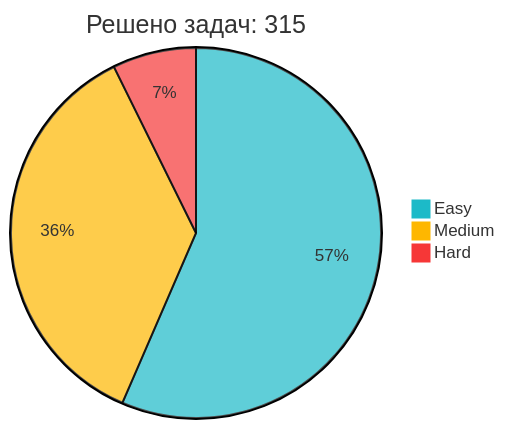
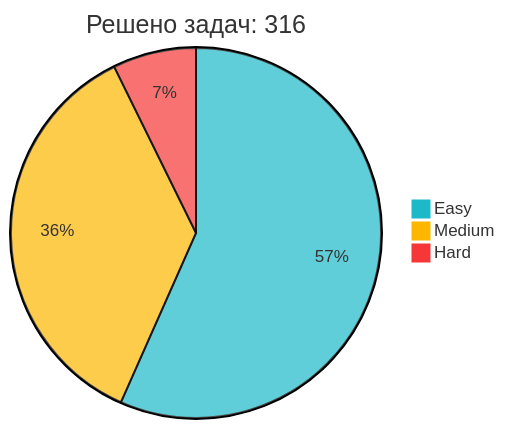
One commit to IliaKurdukov/IliaKurdukov changed the diagram in README.md. Above: the diagram before and after it, drawn with Mermaid. The commit also changed other lines of this file, not shown here.

Commit message:
📈 Обновление статистики LeetCode

````diff
--- a/README.md
+++ b/README.md
@@ -51,7 +51,7 @@
 ```mermaid
 %%{init: {'theme': 'base', 'themeVariables': { 'pie1': '#1CBAC8', 'pie2': '#FEB700', 'pie3': '#F63737' }, 'config': {'width': 300, 'height': 200}}}%%
-pie title Решено задач: 315
-   "Easy" : 178
+pie title Решено задач: 316
+   "Easy" : 179
    "Medium" : 114
    "Hard" : 23
 ```
````
